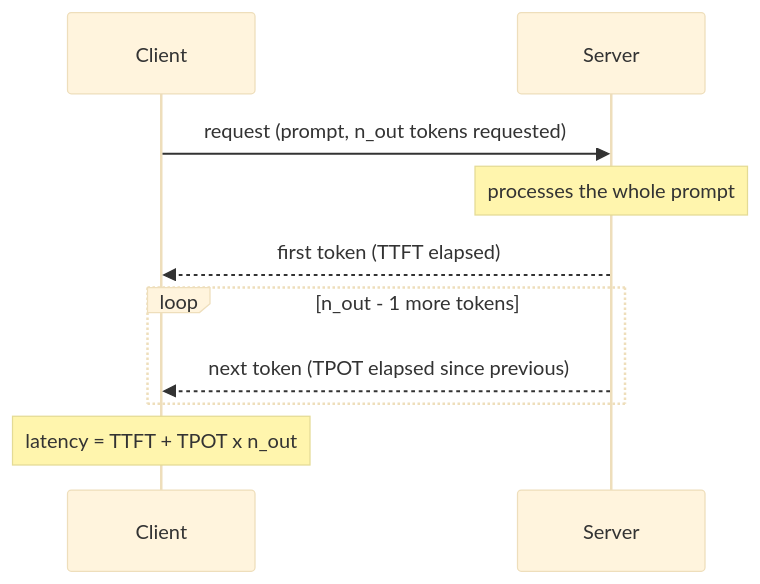
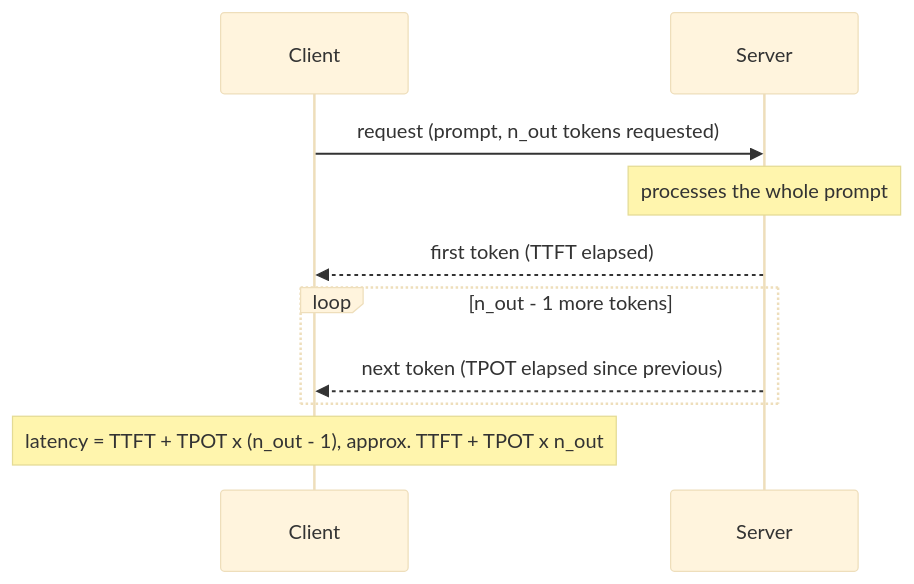
Before and after one commit to albertoirurueta/docs: the diagram in modules/ROOT/pages/ai/llm-foundations/cost-latency-and-throughput.adoc, drawn with Mermaid (base theme). The commit also changed other lines of this file and 23 other files, not shown here.

```diff
--- a/modules/ROOT/pages/ai/llm-foundations/cost-latency-and-throughput.adoc
+++ b/modules/ROOT/pages/ai/llm-foundations/cost-latency-and-throughput.adoc
@@ -46,13 +48,13 @@
 [mermaid]
 ....
 sequenceDiagram
     participant Client
     participant Server
     Client->>Server: request (prompt, n_out tokens requested)
     Note over Server: processes the whole prompt
     Server-->>Client: first token (TTFT elapsed)
     loop n_out - 1 more tokens
         Server-->>Client: next token (TPOT elapsed since previous)
     end
-    Note over Client: latency = TTFT + TPOT x n_out
+    Note over Client: latency = TTFT + TPOT x (n_out - 1), approx. TTFT + TPOT x n_out
 ....
```
